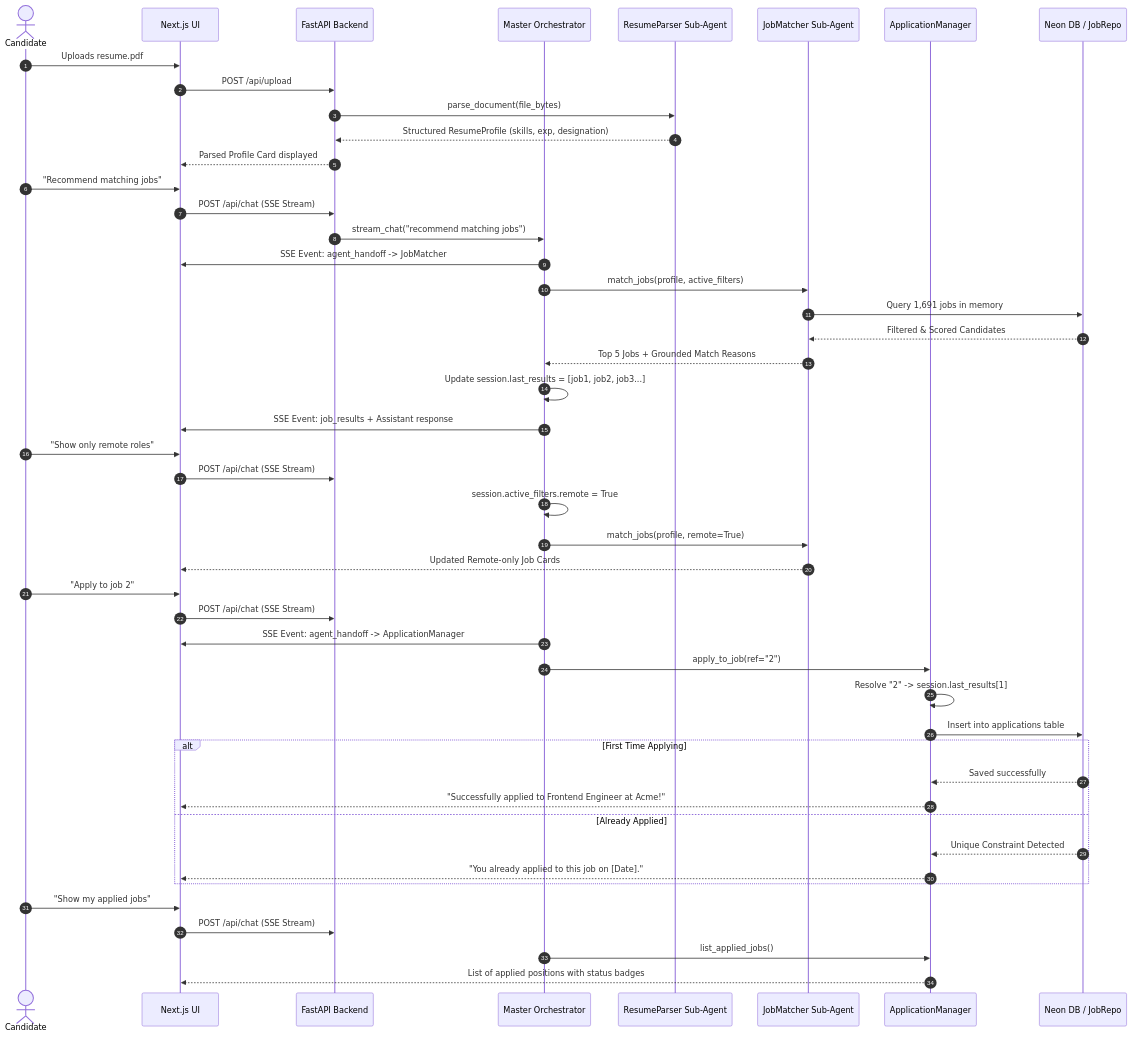
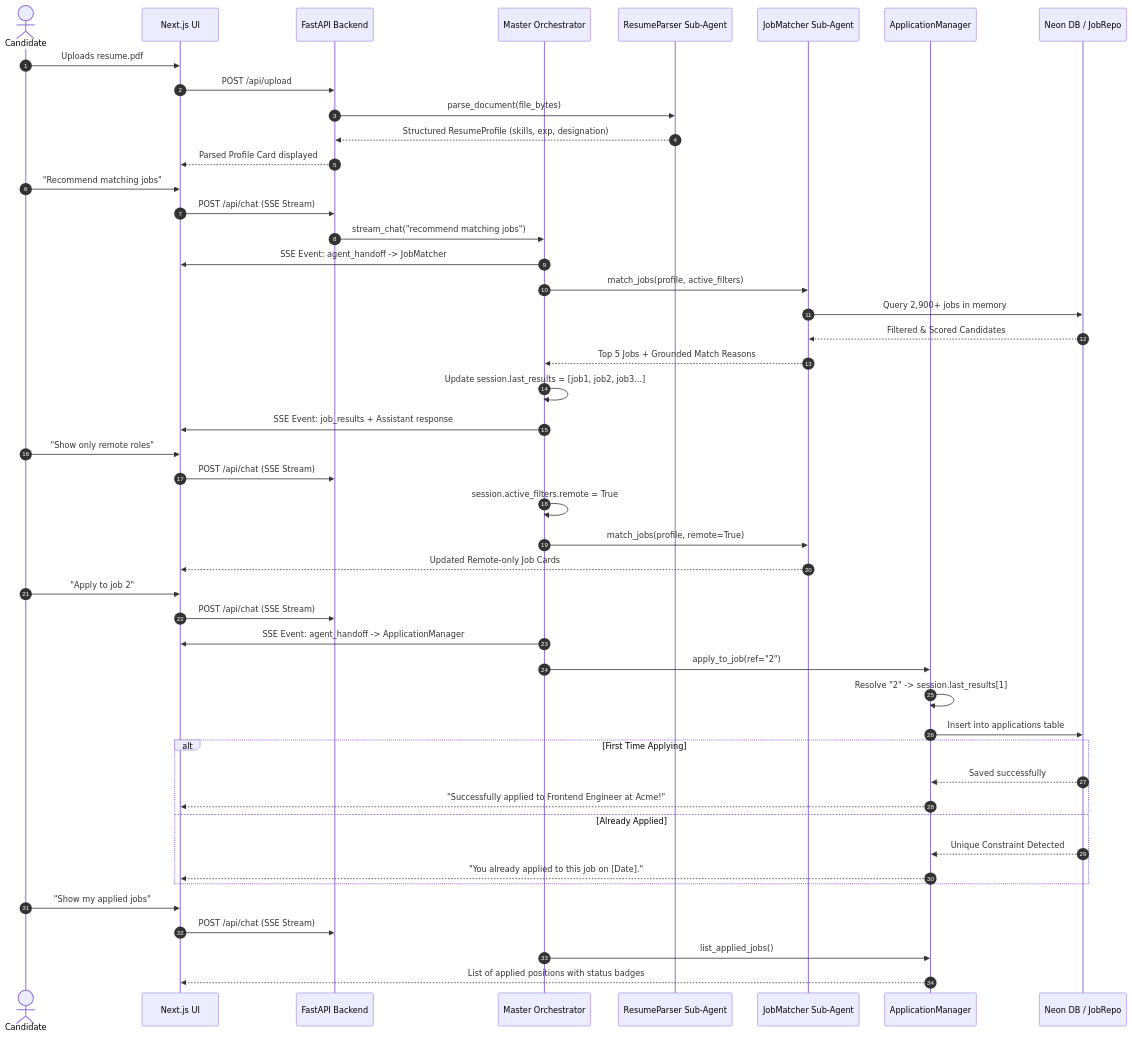
Before and after one commit to FARINATTAR/ai-job-chat-assistant-: the second of 2 diagrams in README.md, drawn with Mermaid. The commit also changed other lines of this file and 1 other file, not shown here.

````diff
--- a/README.md
+++ b/README.md
@@ -88,54 +88,54 @@
 ```mermaid
 sequenceDiagram
     autonumber
     actor Candidate
     participant UI as Next.js UI
     participant API as FastAPI Backend
     participant Orch as Master Orchestrator
     participant Parser as ResumeParser Sub-Agent
     participant Matcher as JobMatcher Sub-Agent
     participant Apply as ApplicationManager
     participant DB as Neon DB / JobRepo
 
     Candidate->>UI: Uploads resume.pdf
     UI->>API: POST /api/upload
     API->>Parser: parse_document(file_bytes)
     Parser-->>API: Structured ResumeProfile (skills, exp, designation)
     API-->>UI: Parsed Profile Card displayed
 
     Candidate->>UI: "Recommend matching jobs"
     UI->>API: POST /api/chat (SSE Stream)
     API->>Orch: stream_chat("recommend matching jobs")
     Orch->>UI: SSE Event: agent_handoff -> JobMatcher
     Orch->>Matcher: match_jobs(profile, active_filters)
-    Matcher->>DB: Query 1,691 jobs in memory
+    Matcher->>DB: Query 2,900+ jobs in memory
     DB-->>Matcher: Filtered & Scored Candidates
     Matcher-->>Orch: Top 5 Jobs + Grounded Match Reasons
     Orch->>Orch: Update session.last_results = [job1, job2, job3...]
     Orch->>UI: SSE Event: job_results + Assistant response
 
     Candidate->>UI: "Show only remote roles"
     UI->>API: POST /api/chat (SSE Stream)
     Orch->>Orch: session.active_filters.remote = True
     Orch->>Matcher: match_jobs(profile, remote=True)
     Matcher-->>UI: Updated Remote-only Job Cards
 
     Candidate->>UI: "Apply to job 2"
     UI->>API: POST /api/chat (SSE Stream)
     Orch->>UI: SSE Event: agent_handoff -> ApplicationManager
     Orch->>Apply: apply_to_job(ref="2")
     Apply->>Apply: Resolve "2" -> session.last_results[1]
     Apply->>DB: Insert into applications table
     alt First Time Applying
         DB-->>Apply: Saved successfully
         Apply-->>UI: "Successfully applied to Frontend Engineer at Acme!"
     else Already Applied
         DB-->>Apply: Unique Constraint Detected
         Apply-->>UI: "You already applied to this job on [Date]."
     end
 
     Candidate->>UI: "Show my applied jobs"
     UI->>API: POST /api/chat (SSE Stream)
     Orch->>Apply: list_applied_jobs()
     Apply-->>UI: List of applied positions with status badges
 ```
````
